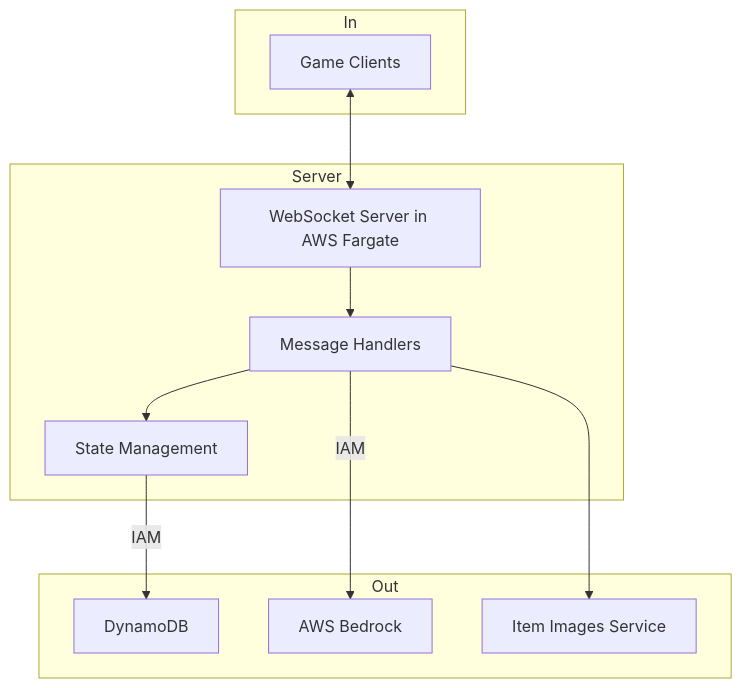
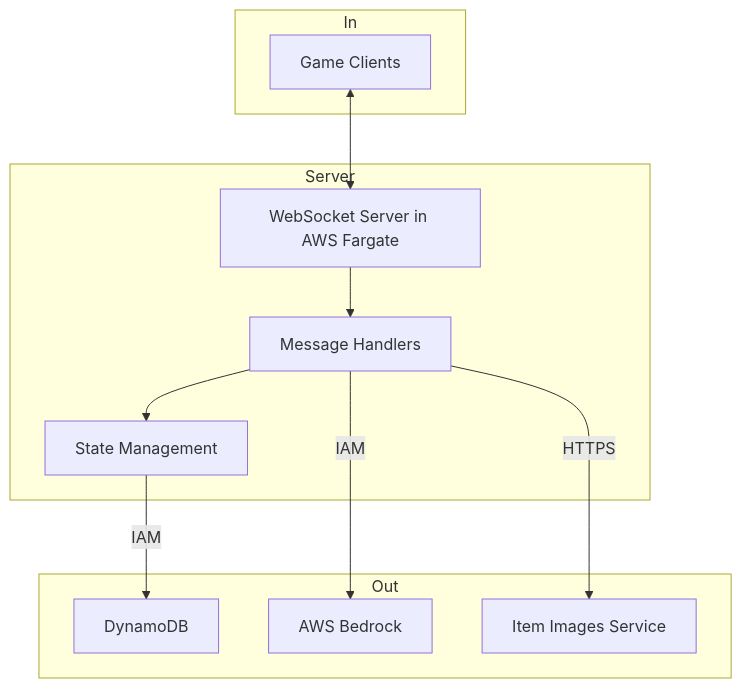
One commit to kirodotdev/spirit-of-kiro changed the third of 4 diagrams in docs/appsec-overview.md. Above: the diagram before and after it, drawn with Mermaid. The commit also changed other lines of this file and 6 other files, not shown here.

````diff
--- a/docs/appsec-overview.md
+++ b/docs/appsec-overview.md
@@ -77,25 +70,25 @@
 ```mermaid
 graph TB
     subgraph Server
         WS[WebSocket Server in AWS Fargate]
         Handlers[Message Handlers]
         State[State Management]
     end
 
     subgraph In
         Client[Game Clients]
     end
 
     subgraph Out
         DB[DynamoDB]
         Bedrock[AWS Bedrock]
         Images[Item Images Service]
     end
 
     Client <--> WS
     WS --> Handlers
     Handlers --> State
     State -->|IAM|DB
     Handlers -->|IAM|Bedrock
-    Handlers -->Images
+    Handlers -->|HTTPS|Images
 ```
````
